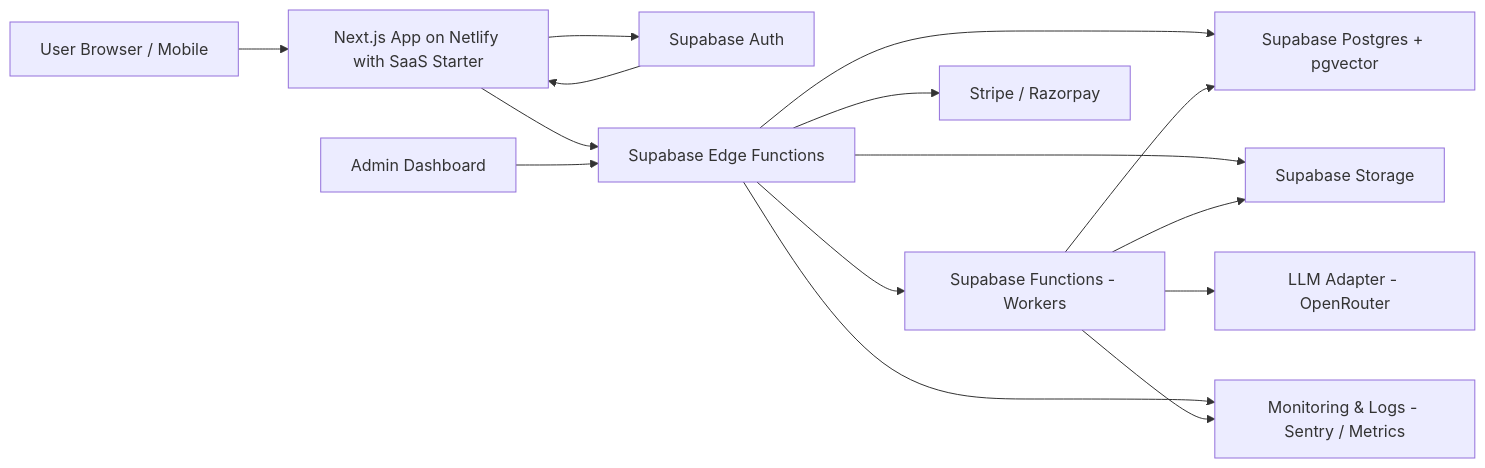
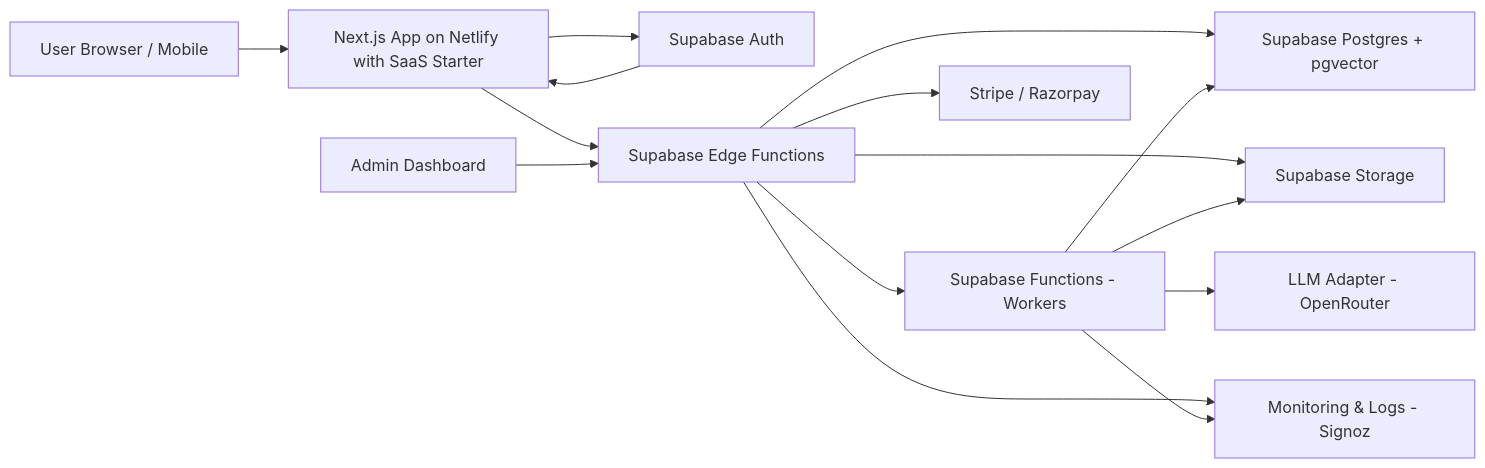
The first of 3 diagrams in docs/archDecisions/simplified-architecture.md (shrunSprint89/CustomerIntelApps), drawn with Mermaid before and after one commit. The commit also changed 59 other files, not shown here.

````diff
--- a/docs/archDecisions/simplified-architecture.md
+++ b/docs/archDecisions/simplified-architecture.md
@@ -37,29 +37,29 @@
 ```mermaid
 graph LR
   User[User Browser / Mobile]
   Frontend[Next.js App on Netlify with SaaS Starter]
   AuthSvc[Supabase Auth]
   EdgeFunc[Supabase Edge Functions]
   Postgres[Supabase Postgres + pgvector]
   Storage[Supabase Storage]
   SupabaseFunc[Supabase Functions - Workers]
   LLMAdapter[LLM Adapter - OpenRouter]
   Payments[Stripe / Razorpay]
   Admin[Admin Dashboard]
-  Observability[Monitoring & Logs - Sentry / Metrics]
+  Observability[Monitoring & Logs - Signoz]
 
   User --> Frontend
   Frontend --> AuthSvc
   Frontend --> EdgeFunc
   EdgeFunc --> Postgres
   EdgeFunc --> Storage
   EdgeFunc --> SupabaseFunc
   EdgeFunc --> Payments
   AuthSvc --> Frontend
   SupabaseFunc --> LLMAdapter
   SupabaseFunc --> Postgres
   SupabaseFunc --> Storage
   Admin --> EdgeFunc
   EdgeFunc --> Observability
   SupabaseFunc --> Observability
 ```
````
